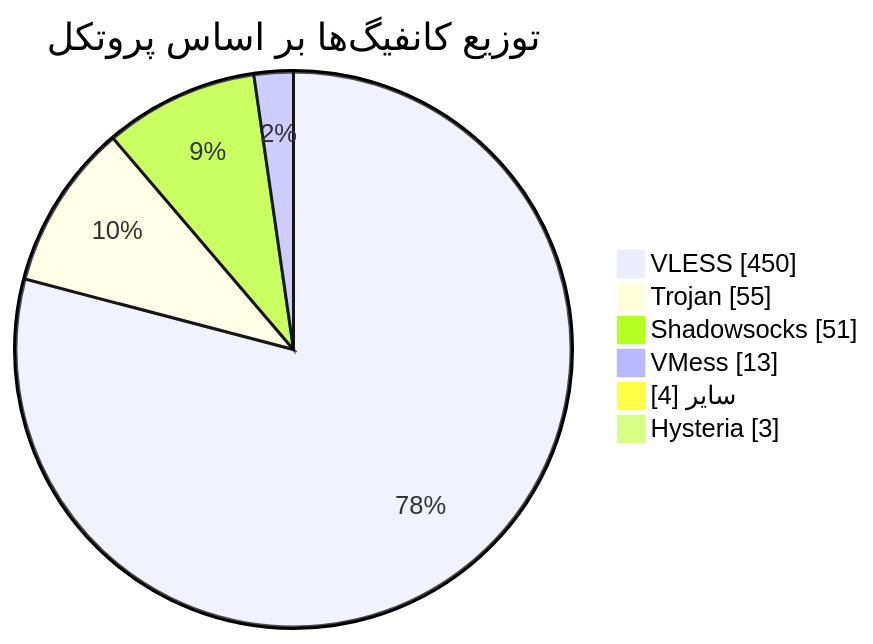
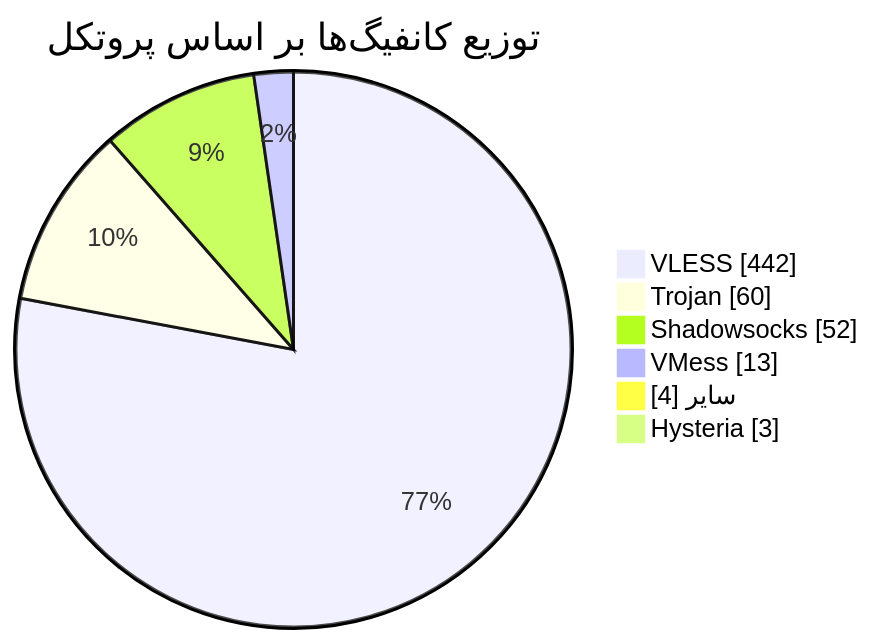
One commit to Arian-Alijani/Somthing changed the diagram in README.md. Above: the diagram before and after it, drawn with Mermaid. The commit also changed other lines of this file and 15 other files, not shown here.

````diff
--- a/README.md
+++ b/README.md
@@ -48,10 +48,10 @@
 ```mermaid
 pie showData
     title توزیع کانفیگ‌ها بر اساس پروتکل
-    "VLESS" : 450
-    "Trojan" : 55
-    "Shadowsocks" : 51
+    "VLESS" : 442
+    "Trojan" : 60
+    "Shadowsocks" : 52
     "VMess" : 13
     "سایر" : 4
     "Hysteria" : 3
 ```
````
